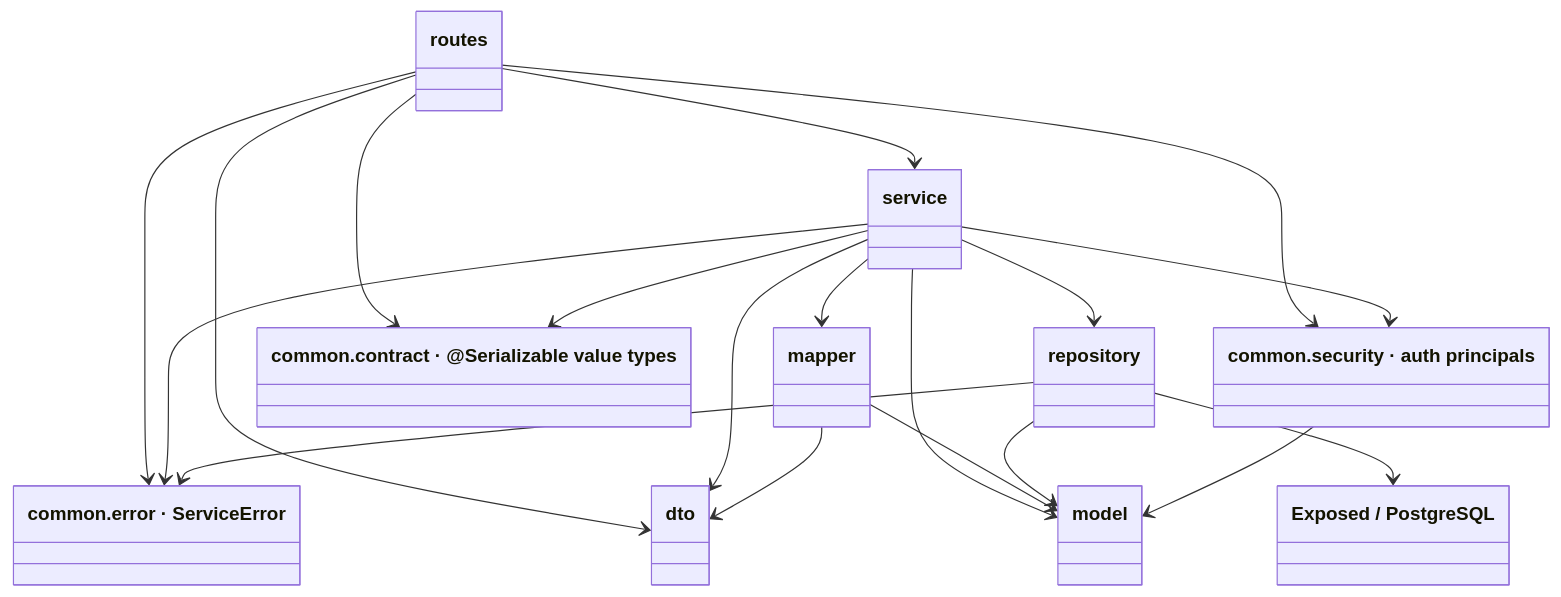
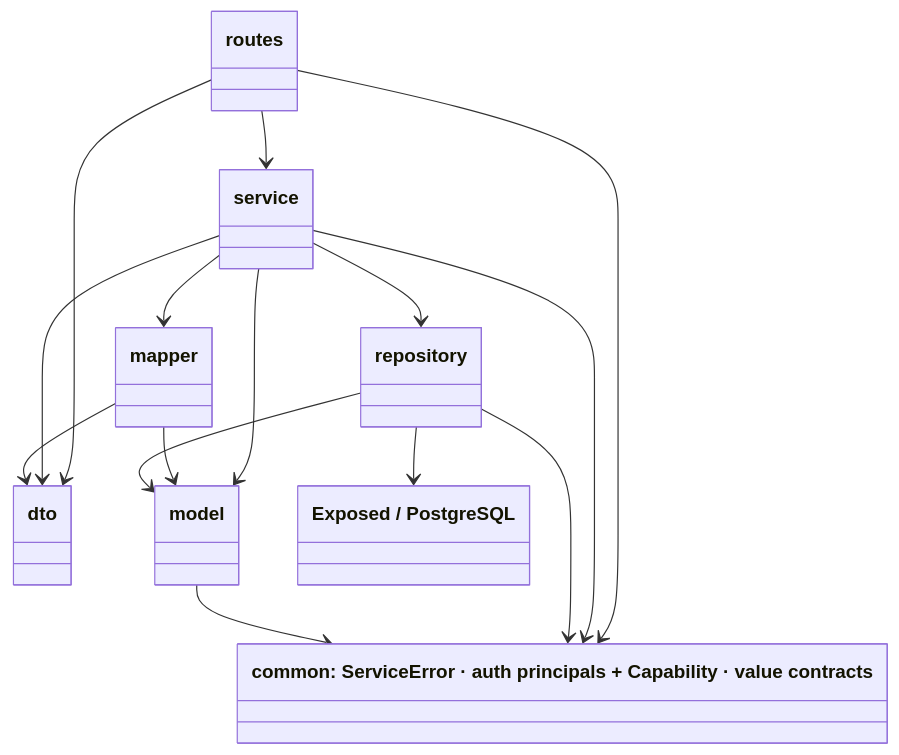
The first of 4 diagrams in docs/engineering/architecture/BACKEND_ARCHITECTURE.md (cybergrouch/skopeo), drawn with Mermaid before and after one commit. The commit also changed other lines of this file and 95 other files, not shown here.

First line of the commit message:
refactor: move Capability into org.skopeo.common.security; formalize common as a cross-cutting foundation

````diff
--- a/docs/engineering/architecture/BACKEND_ARCHITECTURE.md
+++ b/docs/engineering/architecture/BACKEND_ARCHITECTURE.md
@@ -116,31 +118,25 @@
 ```mermaid
 classDiagram
     class routes
     class service
     class mapper
     class repository
     class dto
     class model
-    class error["common.error · ServiceError"]
-    class security["common.security · auth principals"]
-    class contract["common.contract · @Serializable value types"]
+    class common["common: ServiceError · auth principals + Capability · value contracts"]
     class DB["Exposed / PostgreSQL"]
     routes --> service
     routes --> dto
-    routes --> error
-    routes --> security
-    routes --> contract
+    routes --> common
     service --> repository
     service --> mapper
     service --> dto
     service --> model
-    service --> error
-    service --> security
-    service --> contract
+    service --> common
     mapper --> dto
     mapper --> model
     repository --> model
-    repository --> error
+    repository --> common
+    model --> common
     repository --> DB
-    security --> model
 ```
````
